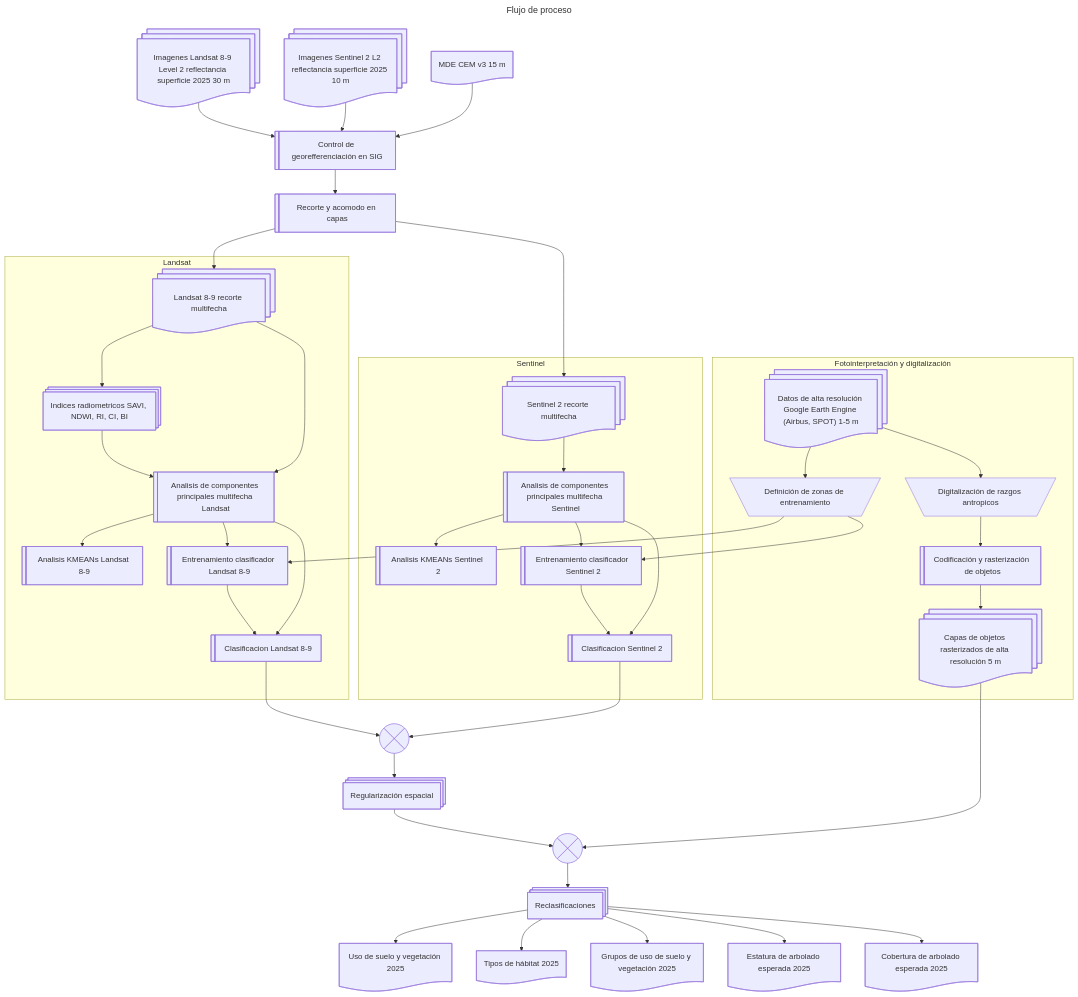
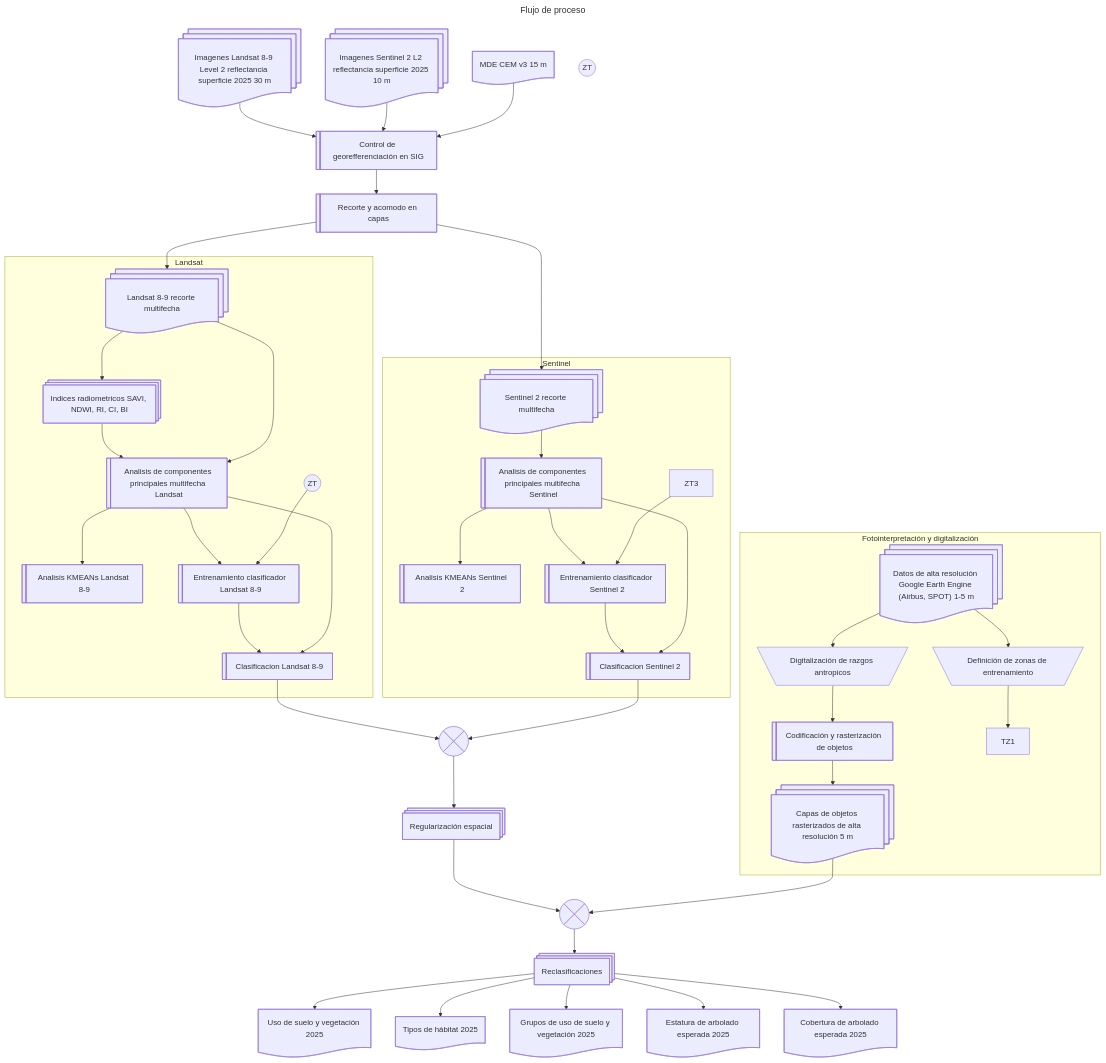
The diagram in LULC/Tapalpa_flujo_de_proceso.mermaid (vshalisko/mixed_GIS_related_scripts), drawn with Mermaid before and after one commit.

```diff
--- a/LULC/Tapalpa_flujo_de_proceso.mermaid
+++ b/LULC/Tapalpa_flujo_de_proceso.mermaid
@@ -1,81 +1,85 @@
 ---
 title: Flujo de proceso
 ---
 flowchart TD
     L8@{ shape: docs, label: "Imagenes Landsat 8-9 Level 2 reflectancia superficie 2025 30 m"}
     S2@{ shape: docs, label: "Imagenes Sentinel 2 L2 reflectancia superficie 2025 10 m"}
     HR@{ shape: docs, label: "Datos de alta resolución Google Earth Engine (Airbus, SPOT) 1-5 m"}
     MDE@{ shape: doc, label: "MDE CEM v3 15 m"}
     SIG@{ shape: lin-rect, label: "Control de georefferenciación en SIG"}
     CLIP@{ shape: lin-rect, label: "Recorte y acomodo en capas"}
     SAVI@{ shape: procs, label: "Indices radiometricos SAVI, NDWI, RI, CI, BI"}
     PCA1@{ shape: lin-rect, label: "Analisis de componentes principales multifecha Landsat"}
     PCA2@{ shape: lin-rect, label: "Analisis de componentes principales multifecha Sentinel"}
     L8C@{ shape: docs, label: "Landsat 8-9 recorte multifecha"}
     S2C@{ shape: docs, label: "Sentinel 2 recorte multifecha"}
     DIG@{ shape: trap-t, label: "Digitalización de razgos antropicos"}
     DIGR@{ shape: lin-rect, label: "Codificación y rasterización de objetos"}
     HRR@{ shape: docs, label: "Capas de objetos rasterizados de alta resolución 5 m"}
     TZ@{ shape: trap-t, label: "Definición de zonas de entrenamiento"}
+    ZT1@{ shape: circle, label: "ZT" }
+    ZT2@{ shape: circle, label: "ZT" }
+    ZT2@{ shape: circle, label: "ZT" }
     KMEAN1@{ shape: lin-rect, label: "Analisis KMEANs Landsat 8-9"}
     KMEAN2@{ shape: lin-rect, label: "Analisis KMEANs Sentinel 2"}
     TRAIN1@{ shape: lin-rect, label: "Entrenamiento clasificador Landsat 8-9"}
     TRAIN2@{ shape: lin-rect, label: "Entrenamiento clasificador Sentinel 2"}
     CLASS1@{ shape: lin-rect, label: "Clasificacion Landsat 8-9"}
     CLASS2@{ shape: lin-rect, label: "Clasificacion Sentinel 2"}
     REG@{ shape: procs, label: "Regularización espacial"}
     FUS1@{ shape: cross-circ, label: "Fusión de clasificaicones" }
     FUS2@{ shape: cross-circ, label: "Fusión con objetos rasterizados" }
     RECLASS@{ shape: procs, label: "Reclasificaciones"}
     LULC@{ shape: doc, label: "Uso de suelo y vegetación 2025"}
     LULCG@{ shape: doc, label: "Grupos de uso de suelo y vegetación 2025"}
     LULCH@{ shape: doc, label: "Tipos de hábitat 2025"}
     LULCA@{ shape: doc, label: "Estatura de arbolado esperada 2025"}
     LULCC@{ shape: doc, label: "Cobertura de arbolado esperada 2025"}
 
     L8-->SIG
     S2-->SIG
     MDE-->SIG
     SIG-->CLIP
     CLIP-->L8C
     CLIP-->S2C
 
     subgraph s1["Landsat"]
         L8C-->SAVI
         SAVI-->PCA1
         L8C-->PCA1
         PCA1-->KMEAN1
         PCA1-->TRAIN1
+        ZT2-->TRAIN1
         TRAIN1-->CLASS1
         PCA1-->CLASS1
     end
     subgraph s2["Sentinel"]
         S2C-->PCA2
         PCA2-->KMEAN2
         PCA2-->TRAIN2
+        ZT3-->TRAIN2
         TRAIN2-->CLASS2
         PCA2-->CLASS2
     end
 
     CLASS1-->FUS1
     CLASS2-->FUS1
 
     subgraph s3["Fotointerpretación y digitalización"]
         HR-->TZ
-        TZ-->TRAIN1
-        TZ-->TRAIN2
+        TZ-->TZ1
         HR-->DIG
         DIG-->DIGR
         DIGR-->HRR
     end
 
     FUS1-->REG
     REG-->FUS2
     HRR-->FUS2
 
     FUS2-->RECLASS
     RECLASS-->LULC
     RECLASS-->LULCH
     RECLASS-->LULCG
     RECLASS-->LULCA
     RECLASS-->LULCC
```
